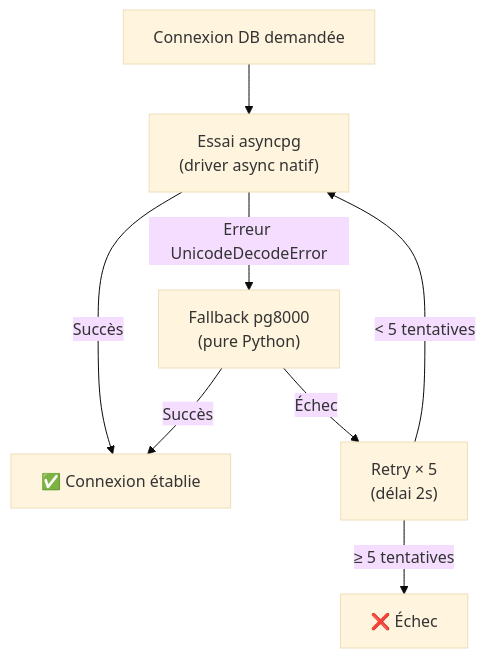
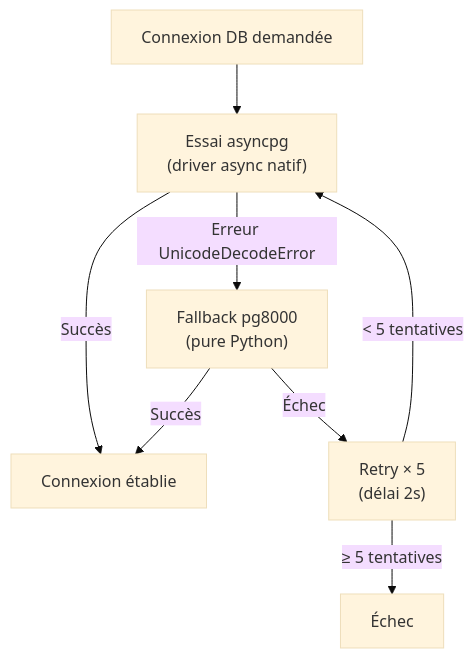
Diagram 11 of 17 in ARCHITECTURE.md (EnterNAthan/RaceTyper), drawn with Mermaid (base theme) before and after one commit. The commit also changed other lines of this file, not shown here.

````diff
--- a/ARCHITECTURE.md
+++ b/ARCHITECTURE.md
@@ -420,17 +420,17 @@
 ```mermaid
 flowchart TD
     START["Connexion DB demandée"]
     TRY_ASYNC["Essai asyncpg\n(driver async natif)"]
     TRY_SYNC["Fallback pg8000\n(pure Python)"]
     RETRY["Retry × 5\n(délai 2s)"]
-    OK["✅ Connexion établie"]
-    FAIL["❌ Échec"]
+    OK["Connexion établie"]
+    FAIL["Échec"]
 
     START --> TRY_ASYNC
     TRY_ASYNC -- "Succès" --> OK
     TRY_ASYNC -- "Erreur UnicodeDecodeError" --> TRY_SYNC
     TRY_SYNC -- "Succès" --> OK
     TRY_SYNC -- "Échec" --> RETRY
     RETRY -- "< 5 tentatives" --> TRY_ASYNC
     RETRY -- "≥ 5 tentatives" --> FAIL
 ```
````
